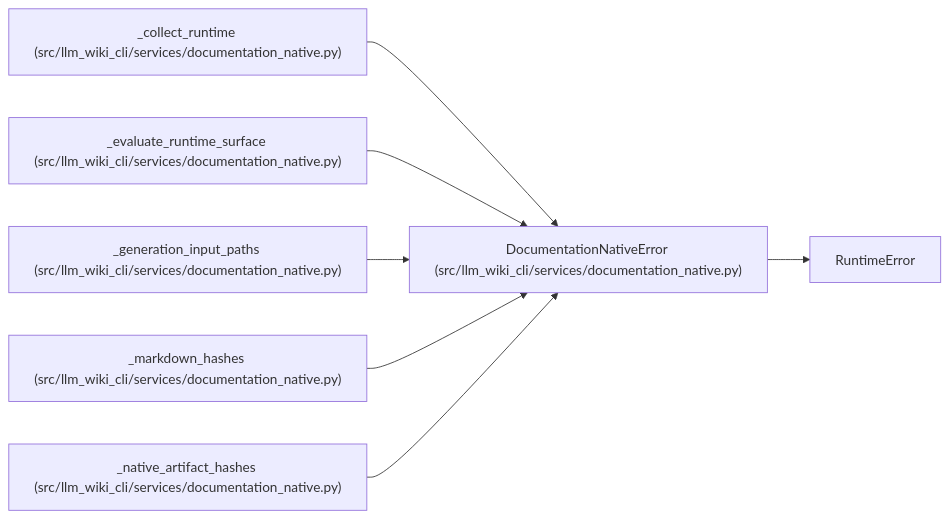
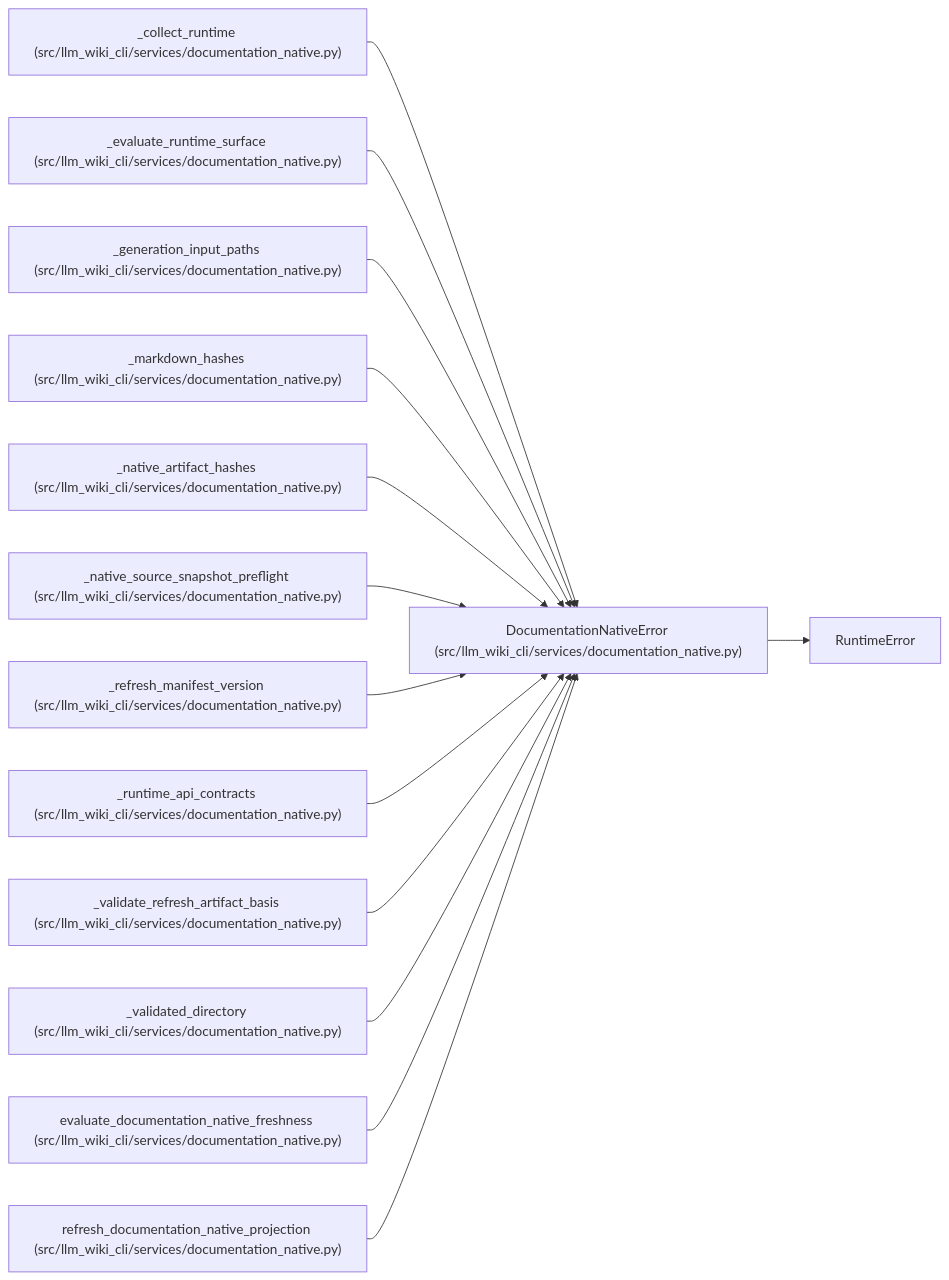
Before and after one commit to Denissvgn/python-wiki-llm: the diagram in docs/llm_wiki/entities/DocumentationNativeError.md, drawn with Mermaid. The commit also changed other lines of this file and 493 other files, not shown here.

````diff
--- a/docs/llm_wiki/entities/DocumentationNativeError.md
+++ b/docs/llm_wiki/entities/DocumentationNativeError.md
@@ -23,22 +23,43 @@
 ```mermaid
 flowchart LR
     n0["DocumentationNativeError (src/llm_wiki_cli/services/documentation_native.py)"]
     n1["RuntimeError"]
     n2["_collect_runtime (src/llm_wiki_cli/services/documentation_native.py)"]
     n3["_evaluate_runtime_surface (src/llm_wiki_cli/services/documentation_native.py)"]
     n4["_generation_input_paths (src/llm_wiki_cli/services/documentation_native.py)"]
     n5["_markdown_hashes (src/llm_wiki_cli/services/documentation_native.py)"]
     n6["_native_artifact_hashes (src/llm_wiki_cli/services/documentation_native.py)"]
+    n7["_native_source_snapshot_preflight (src/llm_wiki_cli/services/documentation_native.py)"]
+    n8["_refresh_manifest_version (src/llm_wiki_cli/services/documentation_native.py)"]
+    n9["_runtime_api_contracts (src/llm_wiki_cli/services/documentation_native.py)"]
+    n10["_validate_refresh_artifact_basis (src/llm_wiki_cli/services/documentation_native.py)"]
+    n11["_validated_directory (src/llm_wiki_cli/services/documentation_native.py)"]
+    n12["evaluate_documentation_native_freshness (src/llm_wiki_cli/services/documentation_native.py)"]
+    n13["refresh_documentation_native_projection (src/llm_wiki_cli/services/documentation_native.py)"]
     n0 --> n1
     n2 --> n0
     n3 --> n0
     n4 --> n0
     n5 --> n0
     n6 --> n0
+    n7 --> n0
+    n8 --> n0
+    n9 --> n0
+    n10 --> n0
+    n11 --> n0
+    n12 --> n0
+    n13 --> n0
     click n0 "../modules/documentation_native.md"
     click n2 "../modules/documentation_native.md"
     click n3 "../modules/documentation_native.md"
     click n4 "../modules/documentation_native.md"
     click n5 "../modules/documentation_native.md"
     click n6 "../modules/documentation_native.md"
+    click n7 "../modules/documentation_native.md"
+    click n8 "../modules/documentation_native.md"
+    click n9 "../modules/documentation_native.md"
+    click n10 "../modules/documentation_native.md"
+    click n11 "../modules/documentation_native.md"
+    click n12 "../modules/documentation_native.md"
+    click n13 "../modules/documentation_native.md"
 ```
````
